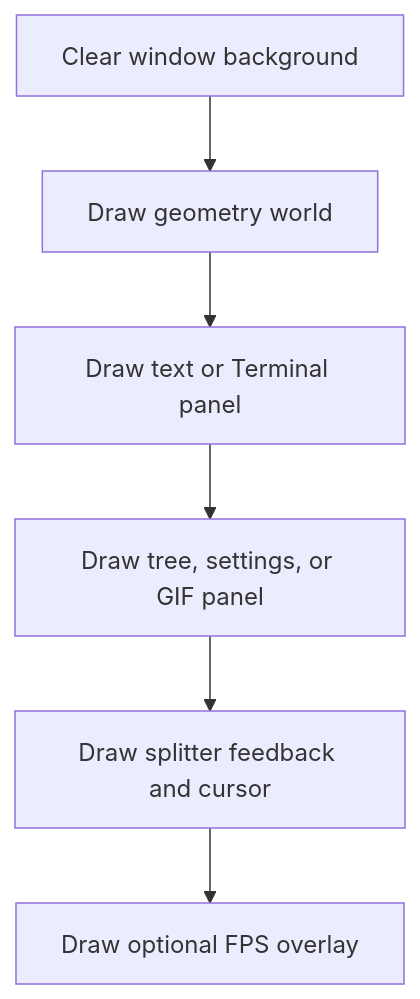
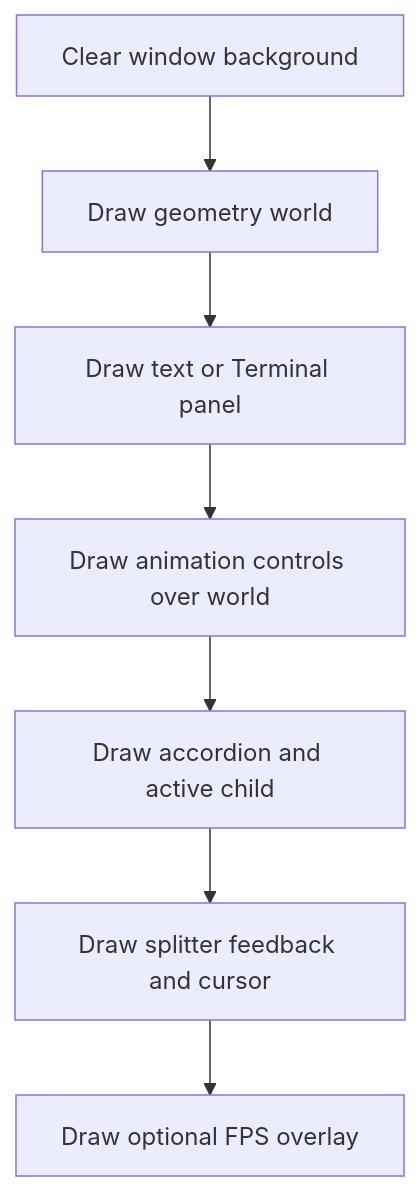
One commit to derekshoneycutt/Euclid changed the third of 5 diagrams in docs/wiki/Guides/UiSystem.md. Above: the diagram before and after it, drawn with Mermaid. The commit also changed other lines of this file and 12 other files, not shown here.

````diff
--- a/docs/wiki/Guides/UiSystem.md
+++ b/docs/wiki/Guides/UiSystem.md
@@ -281,11 +283,12 @@
 ```mermaid
 flowchart TD
     Clear[Clear window background]
     World[Draw geometry world]
     Presentation[Draw text or Terminal panel]
-    Tree[Draw tree, settings, or GIF panel]
+    Controls[Draw animation controls over world]
+    Accordion[Draw accordion and active child]
     Splitters[Draw splitter feedback and cursor]
     Overlay[Draw optional FPS overlay]
 
-    Clear --> World --> Presentation --> Tree --> Splitters --> Overlay
+    Clear --> World --> Presentation --> Controls --> Accordion --> Splitters --> Overlay
 ```
````
